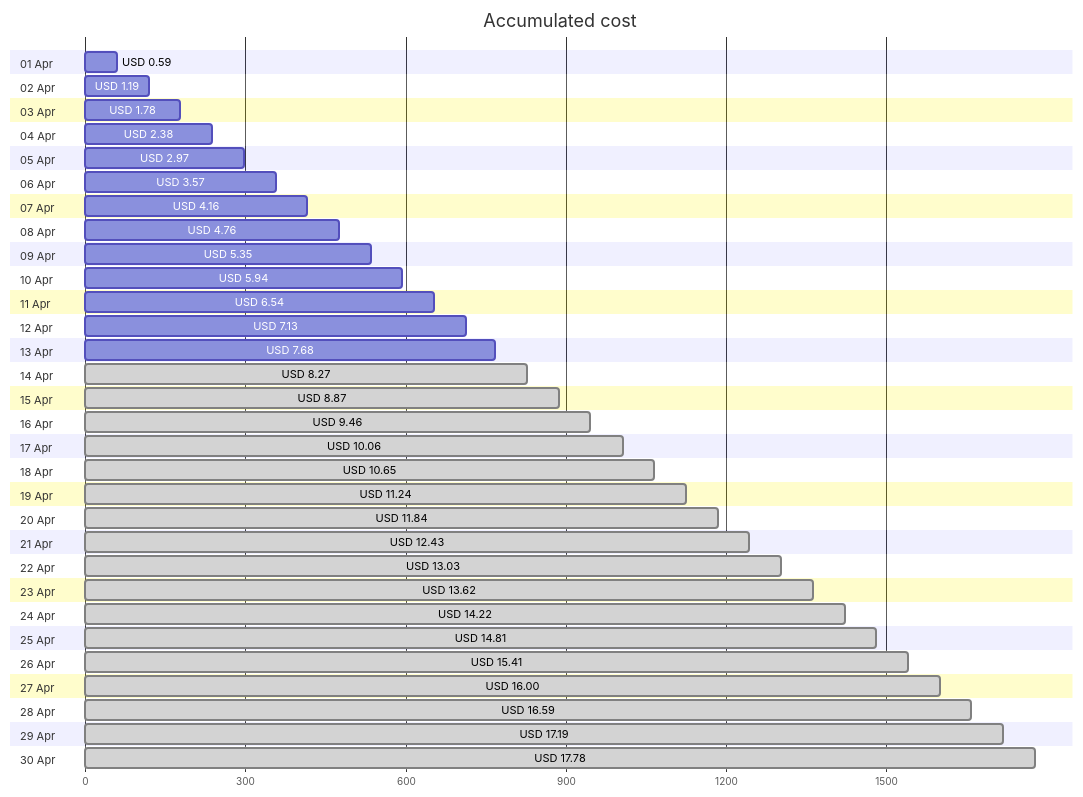
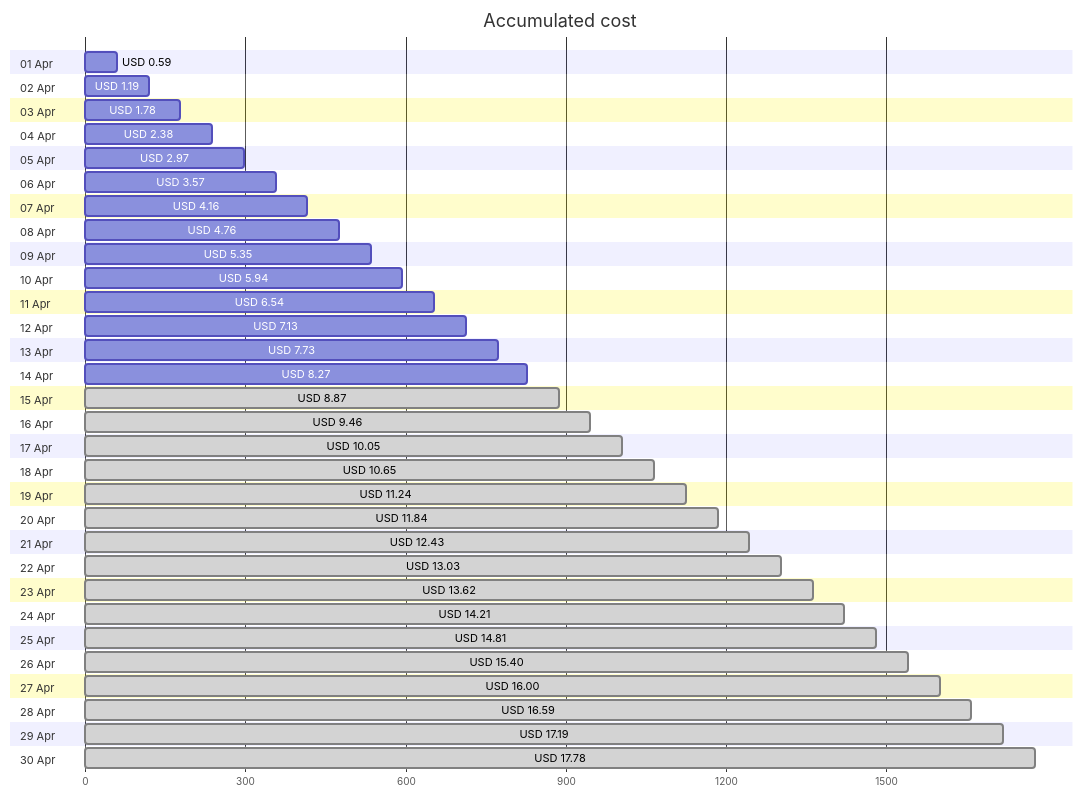
Before and after one commit to jpfulton/azure-personal-reports: the first of 4 diagrams in cost-reports/personal-site/README.md, drawn with Mermaid. The commit also changed other lines of this file and 6 other files, not shown here.

````diff
--- a/cost-reports/personal-site/README.md
+++ b/cost-reports/personal-site/README.md
@@ -20,66 +20,66 @@
 ```mermaid
 gantt
    title Accumulated cost
    dateFormat  X
    axisFormat %s
    section 01 Apr
    USD 0.59 :0, 59
    section 02 Apr
    USD 1.19 :0, 119
    section 03 Apr
    USD 1.78 :0, 178
    section 04 Apr
    USD 2.38 :0, 238
    section 05 Apr
    USD 2.97 :0, 297
    section 06 Apr
    USD 3.57 :0, 357
    section 07 Apr
    USD 4.16 :0, 416
    section 08 Apr
    USD 4.76 :0, 476
    section 09 Apr
    USD 5.35 :0, 535
    section 10 Apr
    USD 5.94 :0, 594
    section 11 Apr
    USD 6.54 :0, 654
    section 12 Apr
    USD 7.13 :0, 713
    section 13 Apr
-   USD 7.68 :0, 768
+   USD 7.73 :0, 773
    section 14 Apr
-   USD 8.27 : done, 0, 827
+   USD 8.27 :0, 827
    section 15 Apr
    USD 8.87 : done, 0, 887
    section 16 Apr
    USD 9.46 : done, 0, 946
    section 17 Apr
-   USD 10.06 : done, 0, 1006
+   USD 10.05 : done, 0, 1005
    section 18 Apr
    USD 10.65 : done, 0, 1065
    section 19 Apr
    USD 11.24 : done, 0, 1124
    section 20 Apr
    USD 11.84 : done, 0, 1184
    section 21 Apr
    USD 12.43 : done, 0, 1243
    section 22 Apr
    USD 13.03 : done, 0, 1303
    section 23 Apr
    USD 13.62 : done, 0, 1362
    section 24 Apr
-   USD 14.22 : done, 0, 1422
+   USD 14.21 : done, 0, 1421
    section 25 Apr
    USD 14.81 : done, 0, 1481
    section 26 Apr
-   USD 15.41 : done, 0, 1541
+   USD 15.40 : done, 0, 1540
    section 27 Apr
    USD 16.00 : done, 0, 1600
    section 28 Apr
    USD 16.59 : done, 0, 1659
    section 29 Apr
    USD 17.19 : done, 0, 1719
    section 30 Apr
    USD 17.78 : done, 0, 1778
 ```
````
